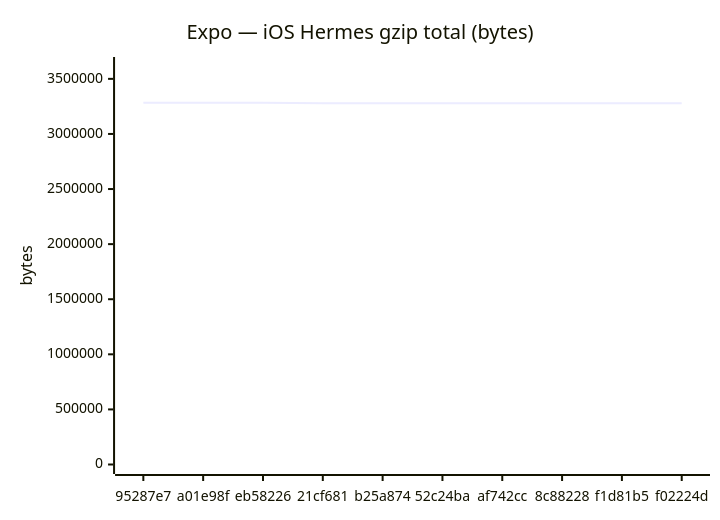
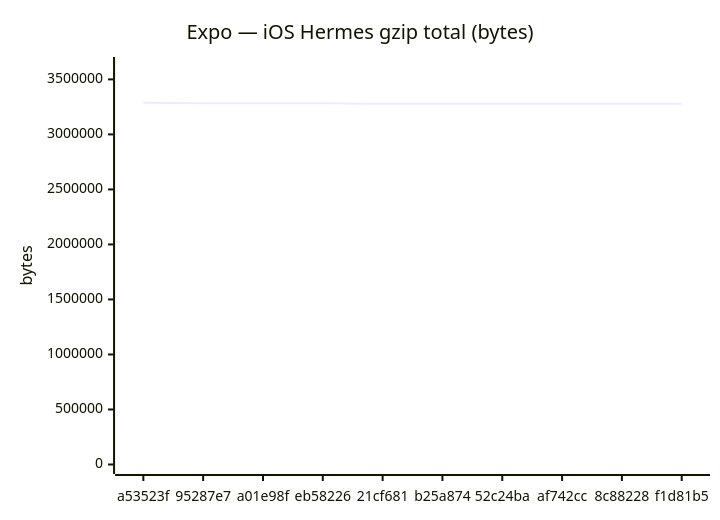
One commit to Metaheurist/Rianell changed the sixth of 18 diagrams in benchmarks/compare.md. Above: the diagram before and after it, drawn with Mermaid. The commit also changed other lines of this file and 11 other files, not shown here.

````diff
--- a/benchmarks/compare.md
+++ b/benchmarks/compare.md
@@ -96,7 +96,7 @@
 ```mermaid
 xychart-beta
     title "Expo — iOS Hermes gzip total (bytes)"
-    x-axis ["95287e7", "a01e98f", "eb58226", "21cf681", "b25a874", "52c24ba", "af742cc", "8c88228", "f1d81b5", "f02224d"]
-    y-axis "bytes" 0 --> 3612148
-    line [3283767, 3283770, 3283769, 3278198, 3278199, 3278191, 3278197, 3277689, 3278200, 3278200]
+    x-axis ["a53523f", "95287e7", "a01e98f", "eb58226", "21cf681", "b25a874", "52c24ba", "af742cc", "8c88228", "f1d81b5"]
+    y-axis "bytes" 0 --> 3617098
+    line [3288270, 3283767, 3283770, 3283769, 3278198, 3278199, 3278191, 3278197, 3277689, 3278200]
 ```
````
